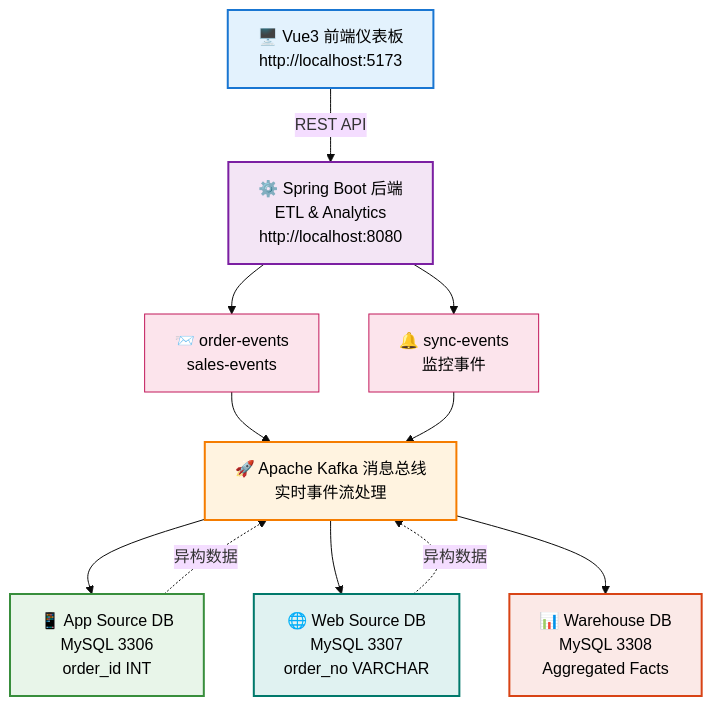
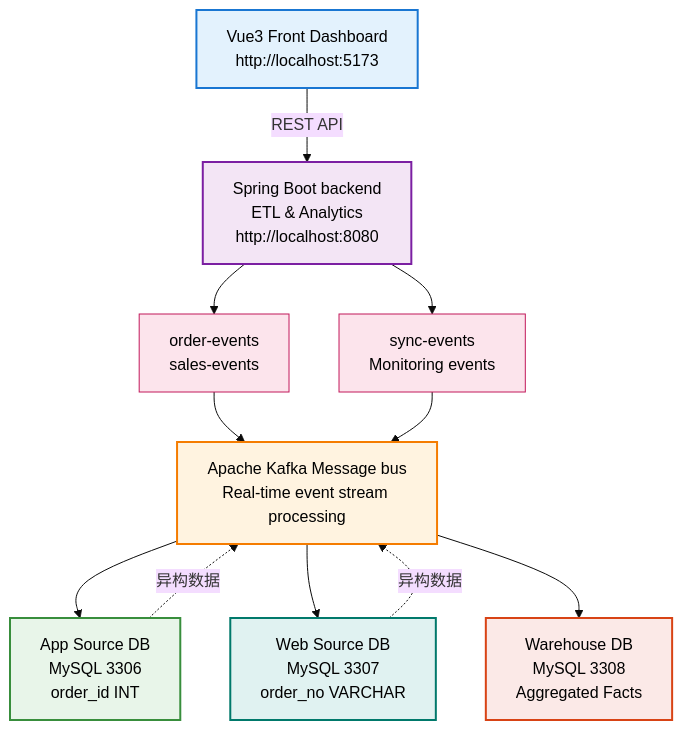
Before and after one commit to jianglei919/ecommerce_data_warehouse: the diagram in README.md, drawn with Mermaid.

````diff
--- a/README.md
+++ b/README.md
@@ -21,40 +21,40 @@
 ```mermaid
 ---
 config:
   layout: dagre
   theme: base
 ---
 flowchart TD
-    FE["🖥️ Vue3 前端仪表板<br/>http://localhost:5173"]
+    FE[" Vue3 Front Dashboard<br/>http://localhost:5173"]
 
-    BE["⚙️ Spring Boot 后端<br/>ETL & Analytics<br/>http://localhost:8080"]
+    BE[" Spring Boot backend<br/>ETL & Analytics<br/>http://localhost:8080"]
 
-    OE["📨 order-events<br/>sales-events"]
-    SE["🔔 sync-events<br/>监控事件"]
+    OE[" order-events<br/>sales-events"]
+    SE[" sync-events<br/>Monitoring events"]
 
-    KAFKA["🚀 Apache Kafka 消息总线<br/>实时事件流处理"]
+    KAFKA[" Apache Kafka Message bus<br/>Real-time event stream processing"]
 
-    APP["📱 App Source DB<br/>MySQL 3306<br/>order_id INT"]
-    WEB["🌐 Web Source DB<br/>MySQL 3307<br/>order_no VARCHAR"]
-    WH["📊 Warehouse DB<br/>MySQL 3308<br/>Aggregated Facts"]
+    APP[" App Source DB<br/>MySQL 3306<br/>order_id INT"]
+    WEB[" Web Source DB<br/>MySQL 3307<br/>order_no VARCHAR"]
+    WH[" Warehouse DB<br/>MySQL 3308<br/>Aggregated Facts"]
 
     FE -->|REST API| BE
     BE --> OE
     BE --> SE
     OE --> KAFKA
     SE --> KAFKA
     KAFKA --> APP
     KAFKA --> WEB
     KAFKA --> WH
     APP -.->|异构数据| KAFKA
     WEB -.->|异构数据| KAFKA
 
     style FE fill:#e3f2fd,stroke:#1976d2,stroke-width:2px,color:#000
     style BE fill:#f3e5f5,stroke:#7b1fa2,stroke-width:2px,color:#000
     style KAFKA fill:#fff3e0,stroke:#f57c00,stroke-width:2px,color:#000
     style OE fill:#fce4ec,stroke:#c2185b,stroke-width:1px,color:#000
     style SE fill:#fce4ec,stroke:#c2185b,stroke-width:1px,color:#000
     style APP fill:#e8f5e9,stroke:#388e3c,stroke-width:2px,color:#000
     style WEB fill:#e0f2f1,stroke:#00796b,stroke-width:2px,color:#000
     style WH fill:#fbe9e7,stroke:#d84315,stroke-width:2px,color:#000
 ```
````
